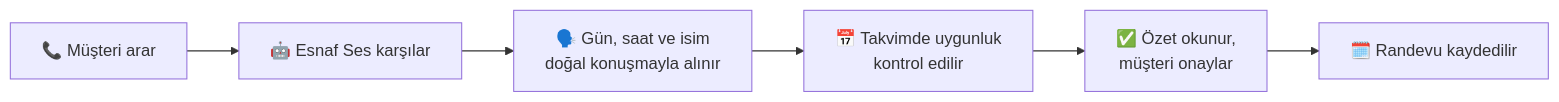
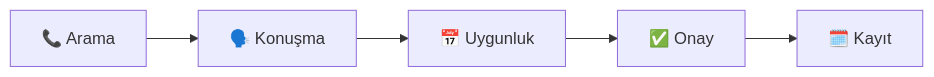
The diagram in profile/README.md (Esnafsesai/.github), drawn with Mermaid before and after one commit. The commit also changed other lines of this file, not shown here.

Commit message:
Akış şemasını sadeleştir

````diff
--- a/profile/README.md
+++ b/profile/README.md
@@ -55,8 +55,7 @@
 ```mermaid
 flowchart LR
-    A["📞 Müşteri arar"] --> B["🤖 Esnaf Ses karşılar"]
-    B --> C["🗣️ Gün, saat ve isim<br/>doğal konuşmayla alınır"]
-    C --> D["📅 Takvimde uygunluk<br/>kontrol edilir"]
-    D --> E["✅ Özet okunur,<br/>müşteri onaylar"]
-    E --> F["🗓️ Randevu kaydedilir"]
+    A["📞 Arama"] --> B["🗣️ Konuşma"]
+    B --> C["📅 Uygunluk"]
+    C --> D["✅ Onay"]
+    D --> E["🗓️ Kayıt"]
 ```
````
